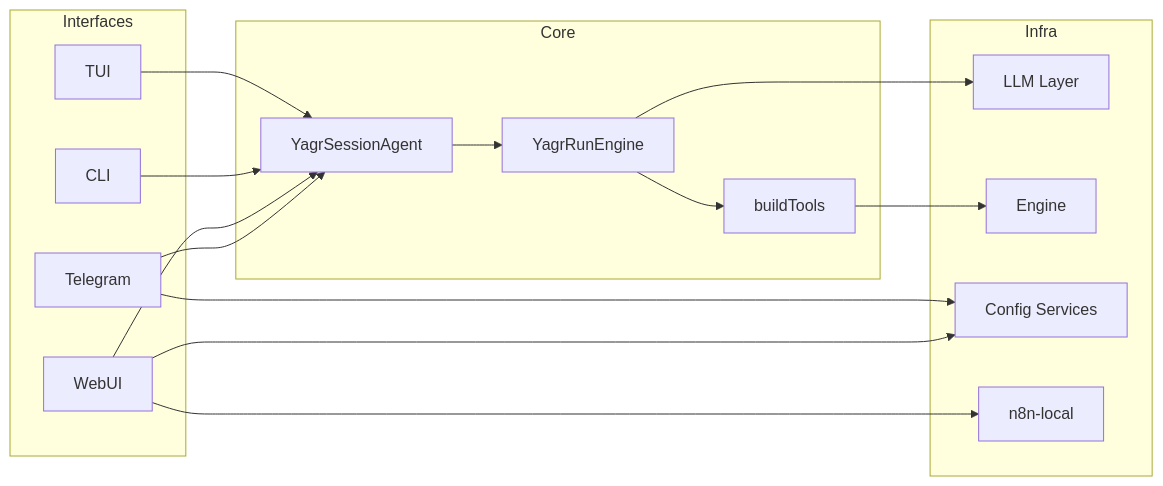
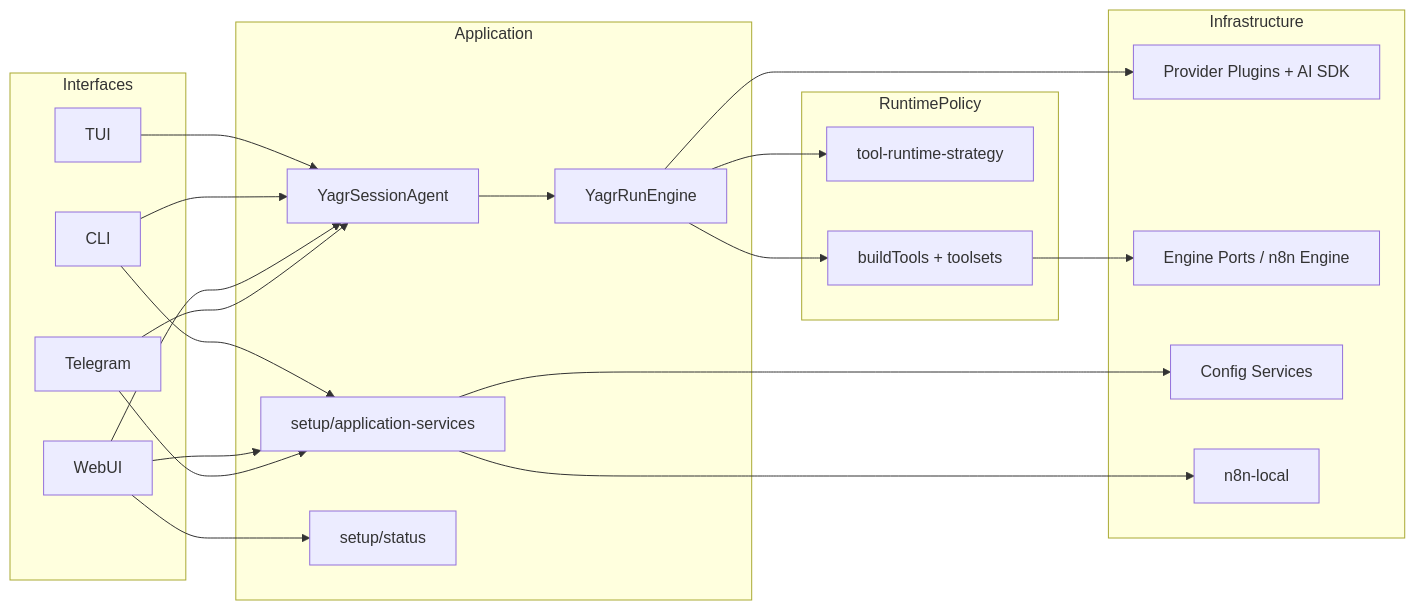
The fourth of 4 diagrams in architecture/current/system-overview.md (EtienneLescot/yagr), drawn with Mermaid before and after one commit. The commit also changed other lines of this file and 3 other files, not shown here.

Commit message:
refactor: update architecture documentation to enhance clarity on module responsibilities and runtime flows

````diff
--- a/architecture/current/system-overview.md
+++ b/architecture/current/system-overview.md
@@ -165,34 +237,44 @@
 ```mermaid
 flowchart LR
     subgraph Interfaces
       TG[Telegram]
       WEB[WebUI]
       CLI[CLI]
       TUI[TUI]
     end
 
-    subgraph Core
+    subgraph Application
       AG[YagrSessionAgent]
       RE[YagrRunEngine]
-      TOOLS[buildTools]
+      AS[setup/application-services]
+      ST[setup/status]
     end
 
-    subgraph Infra
-      LLM[LLM Layer]
-      ENG[Engine]
+    subgraph RuntimePolicy
+      STRAT[tool-runtime-strategy]
+      TOOLS[buildTools + toolsets]
+    end
+
+    subgraph Infrastructure
+      LLM[Provider Plugins + AI SDK]
+      ENG[Engine Ports / n8n Engine]
       CFG[Config Services]
       N8NLOCAL[n8n-local]
     end
 
     TG --> AG
     WEB --> AG
     CLI --> AG
     TUI --> AG
+    TG --> AS
+    WEB --> AS
+    CLI --> AS
     AG --> RE
+    WEB --> ST
+    RE --> STRAT
     RE --> LLM
     RE --> TOOLS
     TOOLS --> ENG
-    WEB --> CFG
-    TG --> CFG
-    WEB --> N8NLOCAL
+    AS --> CFG
+    AS --> N8NLOCAL
 ```
````
